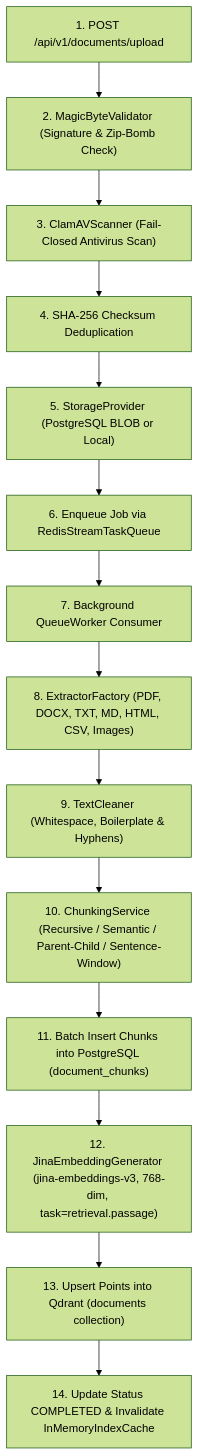
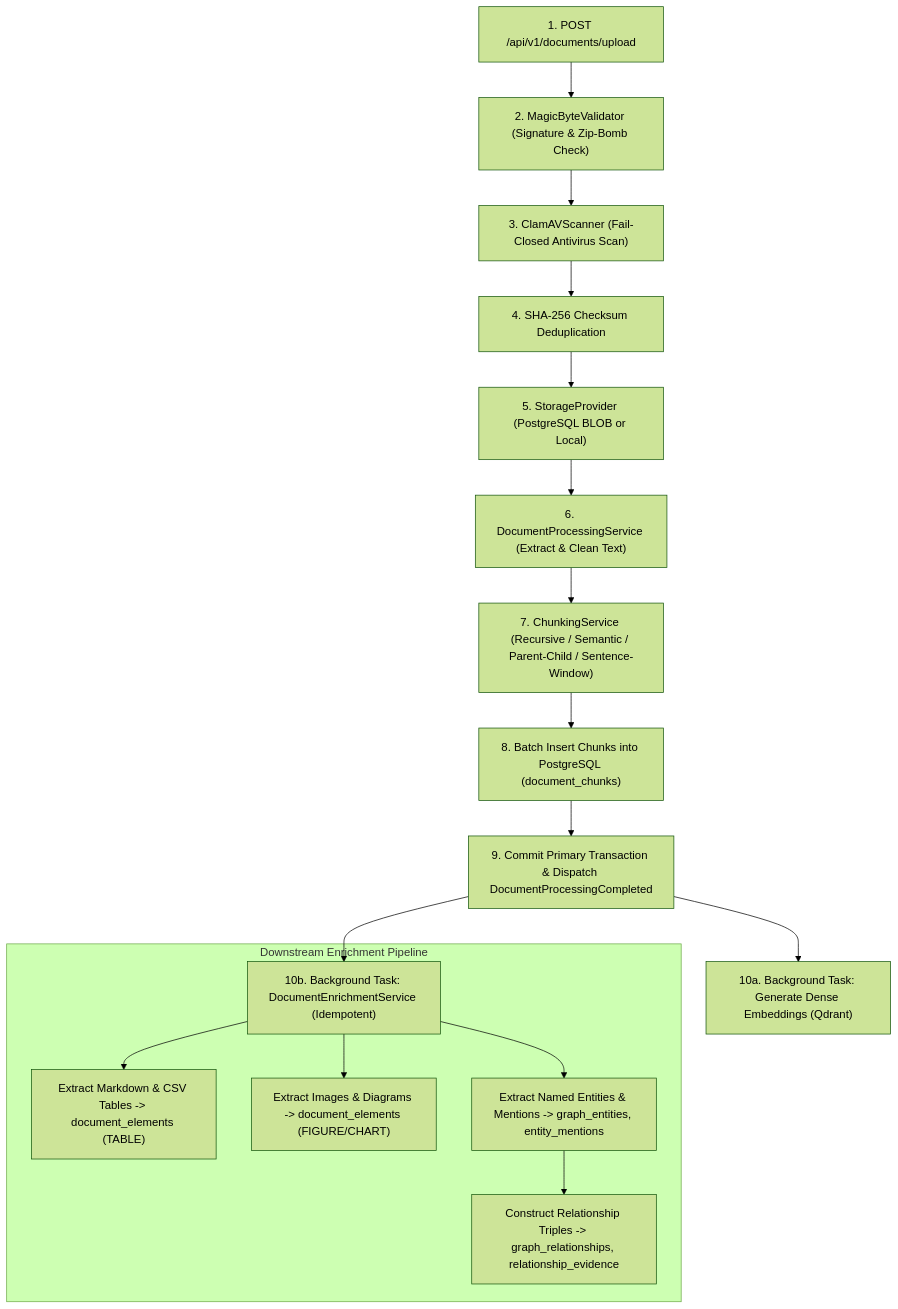
Before and after one commit to Satya-Naraharisetty/FusionRAG: the second of 7 diagrams in ARCHITECTURE.md, drawn with Mermaid (forest theme). The commit also changed other lines of this file and 3 other files, not shown here.

Commit message:
docs: add backend documentation, expand architectural details, and update project indexes

````diff
--- a/ARCHITECTURE.md
+++ b/ARCHITECTURE.md
@@ -42,16 +42,21 @@
 ```mermaid
 flowchart TD
     Upload["1. POST /api/v1/documents/upload"] --> Magic["2. MagicByteValidator (Signature & Zip-Bomb Check)"]
     Magic --> Malware["3. ClamAVScanner (Fail-Closed Antivirus Scan)"]
     Malware --> Checksum["4. SHA-256 Checksum Deduplication"]
     Checksum --> Storage["5. StorageProvider (PostgreSQL BLOB or Local)"]
-    Storage --> Queue["6. Enqueue Job via RedisStreamTaskQueue"]
-    Queue --> Worker["7. Background QueueWorker Consumer"]
-    Worker --> Extractor["8. ExtractorFactory (PDF, DOCX, TXT, MD, HTML, CSV, Images)"]
-    Extractor --> Clean["9. TextCleaner (Whitespace, Boilerplate & Hyphens)"]
-    Clean --> Chunk["10. ChunkingService (Recursive / Semantic / Parent-Child / Sentence-Window)"]
-    Chunk --> SaveDB["11. Batch Insert Chunks into PostgreSQL (document_chunks)"]
-    SaveDB --> BatchEmbed["12. JinaEmbeddingGenerator (jina-embeddings-v3, 768-dim, task=retrieval.passage)"]
-    BatchEmbed --> QdrantUpsert["13. Upsert Points into Qdrant (documents collection)"]
-    QdrantUpsert --> Complete["14. Update Status COMPLETED & Invalidate InMemoryIndexCache"]
+    Storage --> PrimaryProc["6. DocumentProcessingService (Extract & Clean Text)"]
+    PrimaryProc --> Chunk["7. ChunkingService (Recursive / Semantic / Parent-Child / Sentence-Window)"]
+    Chunk --> SaveDB["8. Batch Insert Chunks into PostgreSQL (document_chunks)"]
+    SaveDB --> Complete["9. Commit Primary Transaction & Dispatch DocumentProcessingCompleted"]
+    
+    Complete --> EmbedJob["10a. Background Task: Generate Dense Embeddings (Qdrant)"]
+    Complete --> EnrichJob["10b. Background Task: DocumentEnrichmentService (Idempotent)"]
+    
+    subgraph AsyncEnrichment ["Downstream Enrichment Pipeline"]
+        EnrichJob --> ExtractTables["Extract Markdown & CSV Tables -> document_elements (TABLE)"]
+        EnrichJob --> ExtractFigures["Extract Images & Diagrams -> document_elements (FIGURE/CHART)"]
+        EnrichJob --> ExtractEntities["Extract Named Entities & Mentions -> graph_entities, entity_mentions"]
+        ExtractEntities --> ExtractTriples["Construct Relationship Triples -> graph_relationships, relationship_evidence"]
+    end
 ```
````
